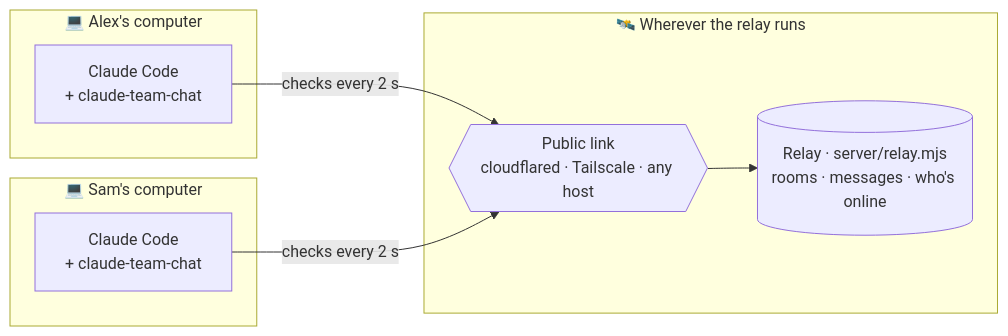
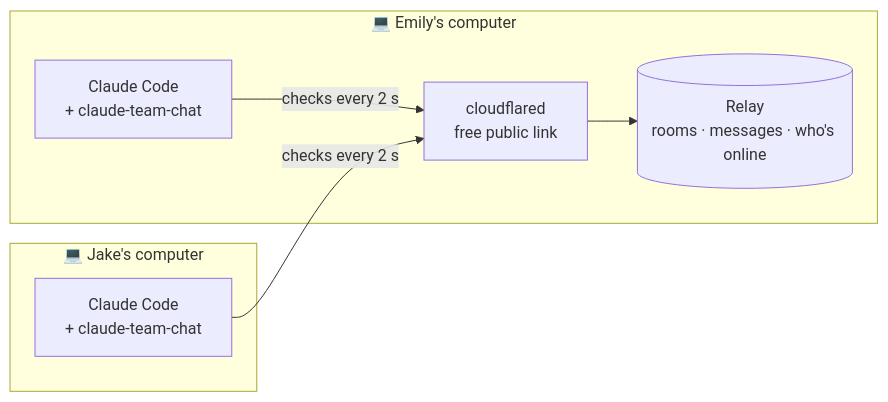
The first of 2 diagrams in README.md (lovieco/claude-team-chat), drawn with Mermaid before and after one commit. The commit also changed other lines of this file and 7 other files, not shown here.

````diff
--- a/README.md
+++ b/README.md
@@ -71,16 +104,14 @@
 ```mermaid
 flowchart LR
-    subgraph A["💻 Alex's computer"]
-        CA["Claude Code<br/>+ claude-team-chat"]
+    subgraph E["💻 Emily's computer"]
+        CE["Claude Code<br/>+ claude-team-chat"]
+        R[("Relay<br/>rooms · messages · who's online")]
+        T["cloudflared<br/>free public link"]
+        T --> R
     end
-    subgraph B["💻 Sam's computer"]
-        CB["Claude Code<br/>+ claude-team-chat"]
+    subgraph J["💻 Jake's computer"]
+        CJ["Claude Code<br/>+ claude-team-chat"]
     end
-    subgraph H["🛰️ Wherever the relay runs"]
-        L{{"Public link<br/>cloudflared · Tailscale · any host"}}
-        R[("Relay · server/relay.mjs<br/>rooms · messages · who's online")]
-        L --> R
-    end
-    CA -->|"checks every 2 s"| L
-    CB -->|"checks every 2 s"| L
+    CE -->|"checks every 2 s"| T
+    CJ -->|"checks every 2 s"| T
 ```
````
